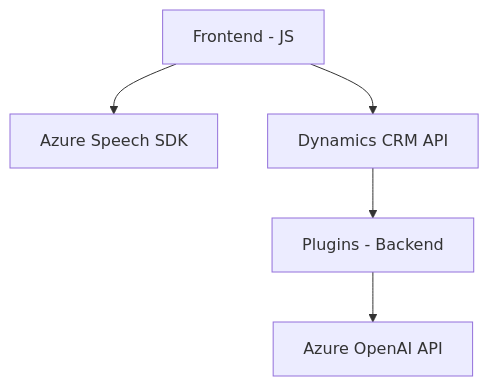
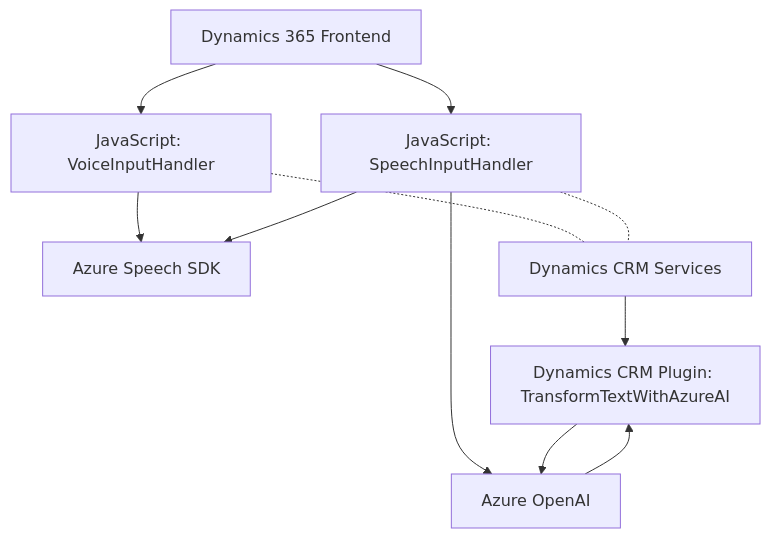
Before and after one commit to blopezdm/NETCORE_BILBAO2025: the diagram in README.md, drawn with Mermaid. The commit also changed other lines of this file, not shown here.

````diff
--- a/README.md
+++ b/README.md
@@ -47,13 +56,21 @@
 ```mermaid
 graph TD
-    A["Frontend - JS"]
-    B["Azure Speech SDK"]
-    C["Dynamics CRM API"]
-    D["Plugins - Backend"]
-    E["Azure OpenAI API"]
+    A["Dynamics 365 Frontend"]
+    B["JavaScript: VoiceInputHandler"]
+    C["JavaScript: SpeechInputHandler"]
+    D["Azure Speech SDK"]
+    E["Dynamics CRM Plugin: TransformTextWithAzureAI"]
+    F["Azure OpenAI"]
+    G["Dynamics CRM Services"]
 
     A --> B
     A --> C
+    B --> D
     C --> D
-    D --> E
+    C --> F
+    B -.- G
+    C -.- G
+    G --> E
+    E --> F
+    F --> E
 ```
````
